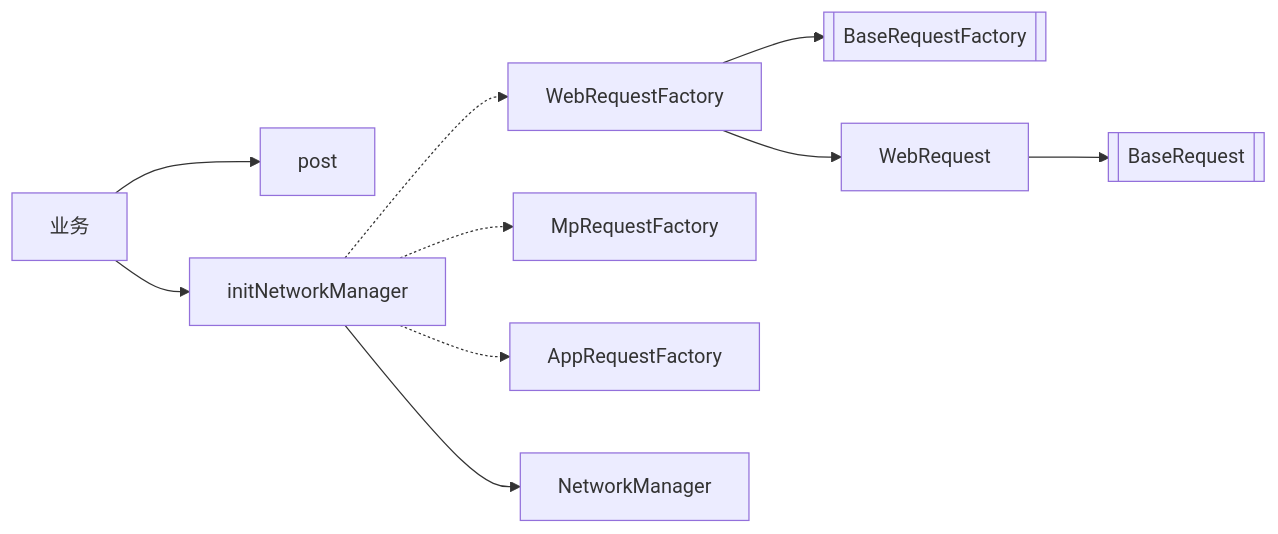
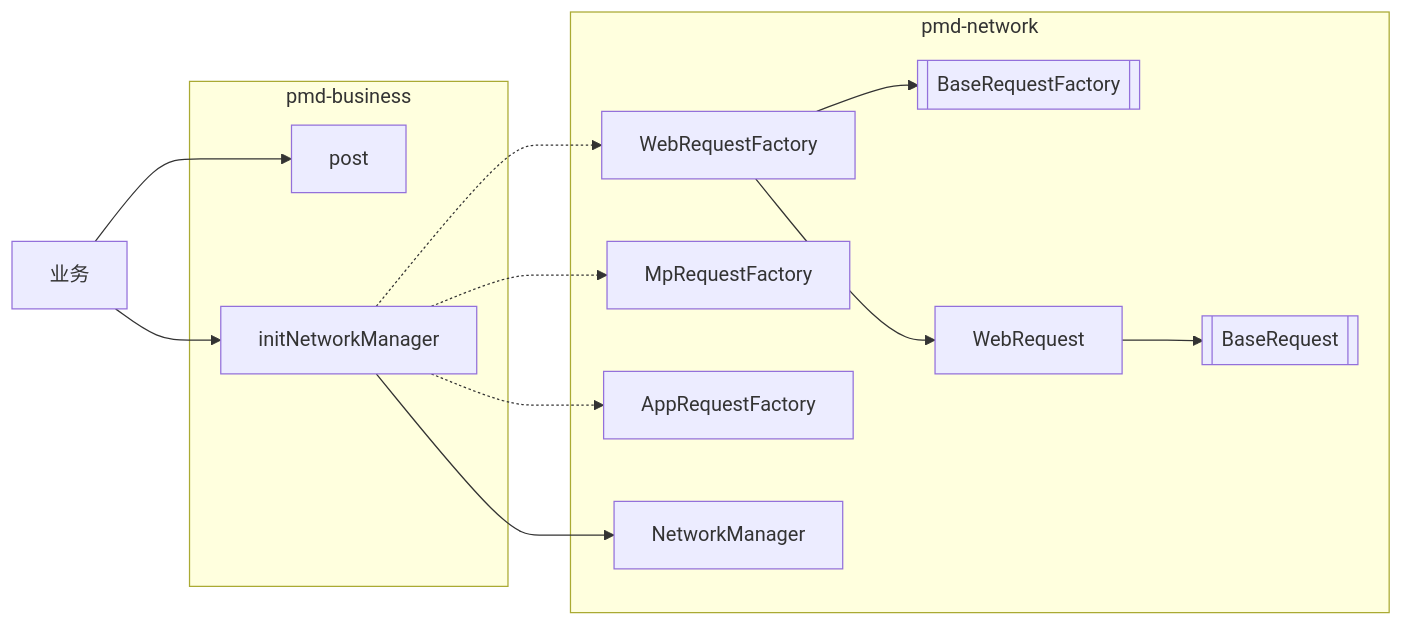
Before and after one commit to novlan1/notes: the eighth of 8 diagrams in docs/2025上/pmd-network.md, drawn with Mermaid.

````diff
--- a/docs/2025上/pmd-network.md
+++ b/docs/2025上/pmd-network.md
@@ -176,15 +176,32 @@
 ```mermaid
 graph LR
 business[业务] --> post
 business --> initNetworkManager
 
 initNetworkManager -.-> WebRequestFactory
 initNetworkManager -.-> MpRequestFactory
 initNetworkManager -.-> AppRequestFactory
 initNetworkManager --> NetworkManager
 
 WebRequestFactory --> BaseRequestFactory[[BaseRequestFactory]]
 WebRequestFactory --> WebRequest
 
 WebRequest --> BaseRequest[[BaseRequest]]
+
+subgraph pmdNetwork[pmd-network]
+WebRequestFactory
+MpRequestFactory
+AppRequestFactory
+
+NetworkManager
+
+WebRequest
+BaseRequest
+BaseRequestFactory
+end
+
+subgraph pmdBusiness[pmd-business]
+post
+initNetworkManager
+end
 ```
````
